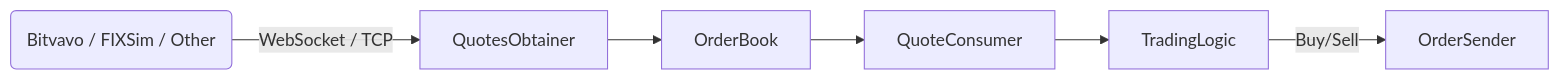
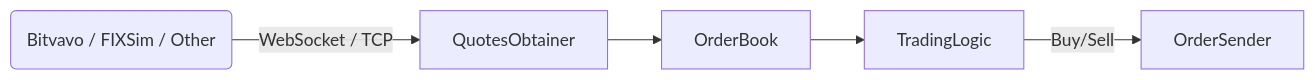
One commit to thimovandermeer/HFT changed the diagram in Readme.md. Above: the diagram before and after it, drawn with Mermaid.

Commit message:
update read me to better reflect current state of code

````diff
--- a/Readme.md
+++ b/Readme.md
@@ -29,8 +29,7 @@
 ```mermaid
 flowchart LR
-    FeedSource(Bitvavo / FIXSim / Other) --> |WebSocket / TCP| QuotesObtainer
-    QuotesObtainer --> OrderBook
-    OrderBook --> QuoteConsumer
-    QuoteConsumer --> TradingLogic
-    TradingLogic --> |Buy/Sell| OrderSender
+  FeedSource(Bitvavo / FIXSim / Other) --> |WebSocket / TCP| QuotesObtainer
+  QuotesObtainer --> OrderBook
+  OrderBook --> TradingLogic
+  TradingLogic --> |Buy/Sell| OrderSender
 ```
````
